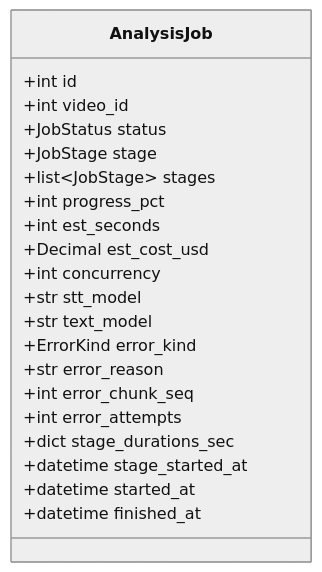
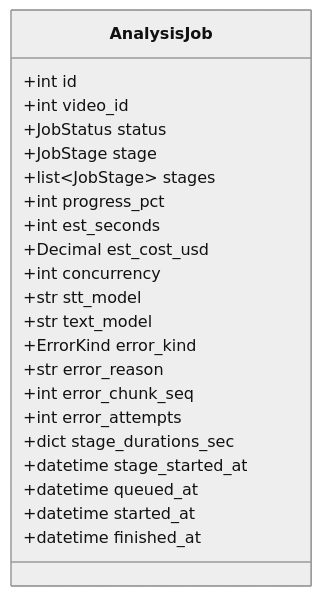
Before and after one commit to HoyoungParkme/video-agent: the second of 18 diagrams in docs/specs/06-DOM/VA-DOM-002.md, drawn with Mermaid (neutral theme). The commit also changed other lines of this file, not shown here.

Commit message:
사용자 결정 반영 — 대기열(queued·queued_at·worker·claim_next), prompts/ 폴더, .env 쓰기, 연결 실패 뒤 require_key 재확인

````diff
--- a/docs/specs/06-DOM/VA-DOM-002.md
+++ b/docs/specs/06-DOM/VA-DOM-002.md
@@ -208,24 +218,25 @@
 ```mermaid
 classDiagram
     class AnalysisJob {
         +int id
         +int video_id
         +JobStatus status
         +JobStage stage
         +list~JobStage~ stages
         +int progress_pct
         +int est_seconds
         +Decimal est_cost_usd
         +int concurrency
         +str stt_model
         +str text_model
         +ErrorKind error_kind
         +str error_reason
         +int error_chunk_seq
         +int error_attempts
         +dict stage_durations_sec
         +datetime stage_started_at
+        +datetime queued_at
         +datetime started_at
         +datetime finished_at
     }
 ```
````
